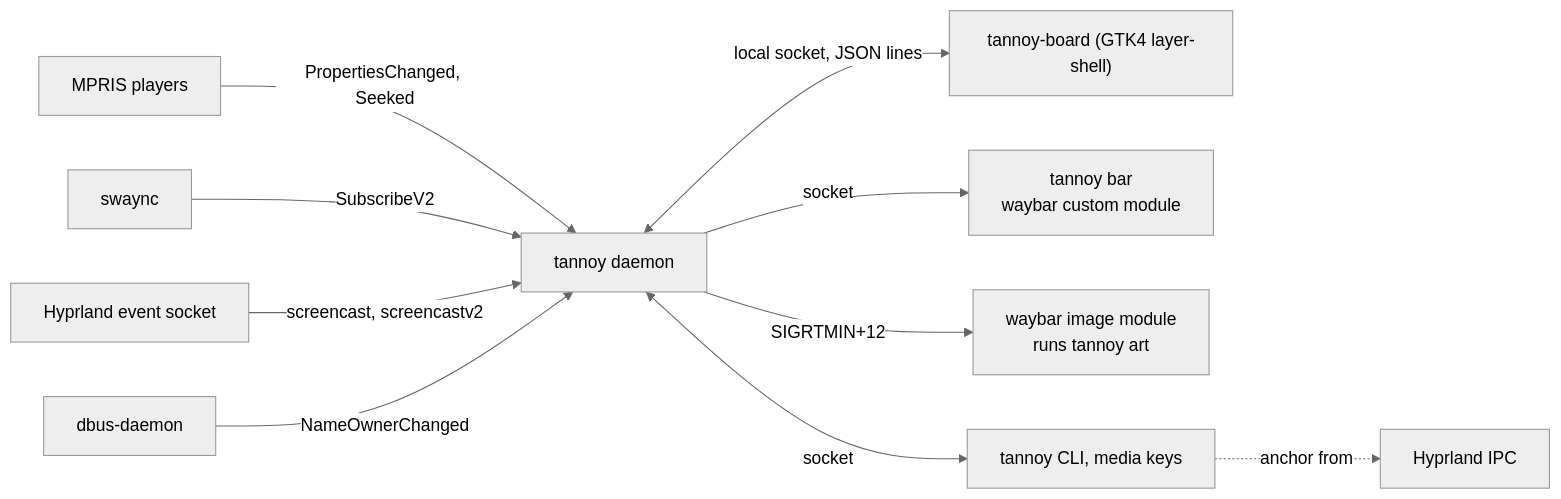
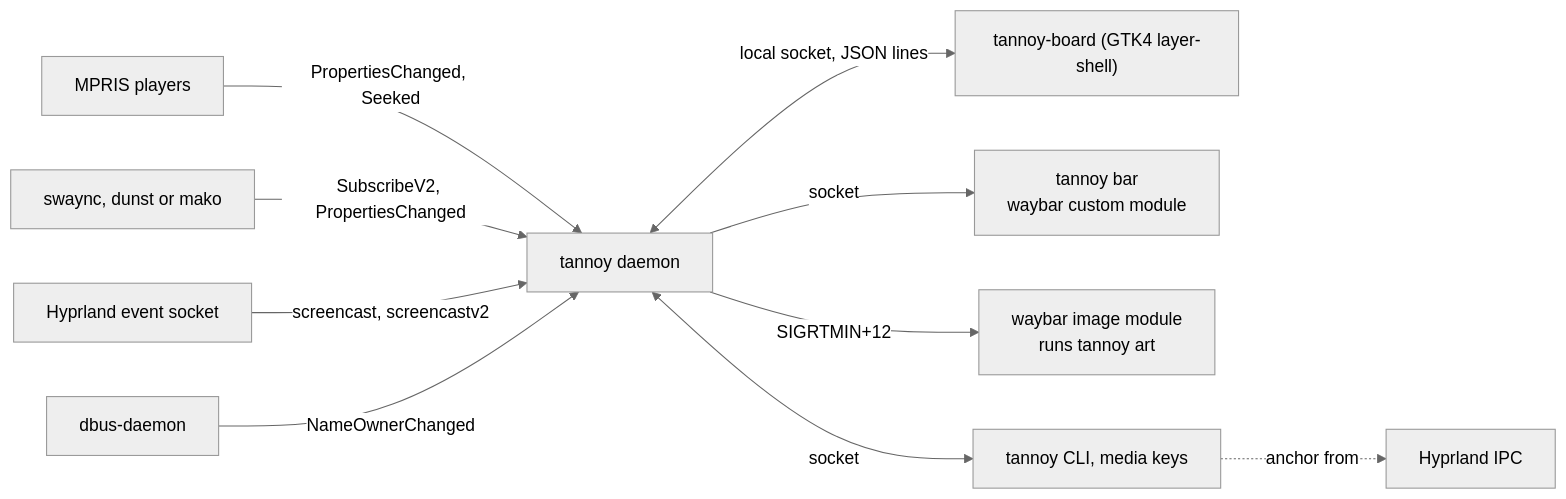
The diagram in docs/design.md (NathanielInman/tannoy), drawn with Mermaid (neutral theme) before and after one commit. The commit also changed other lines of this file and 6 other files, not shown here.

First line of the commit message:
feat(daemon): follow do not disturb from dunst and mako

````diff
--- a/docs/design.md
+++ b/docs/design.md
@@ -36,12 +37,12 @@
 ```mermaid
 flowchart LR
   P["MPRIS players"] -- "PropertiesChanged, Seeked" --> D["tannoy daemon"]
-  S["swaync"] -- "SubscribeV2" --> D
+  S["swaync, dunst or mako"] -- "SubscribeV2, PropertiesChanged" --> D
   Y["Hyprland event socket"] -- "screencast, screencastv2" --> D
   N["dbus-daemon"] -- "NameOwnerChanged" --> D
   D <-- "local socket, JSON lines" --> B["tannoy-board (GTK4 layer-shell)"]
   D -- socket --> W["tannoy bar<br/>waybar custom module"]
   D -- "SIGRTMIN+12" --> I["waybar image module<br/>runs tannoy art"]
   D <-- socket --> C["tannoy CLI, media keys"]
   C -. "anchor from" .-> H["Hyprland IPC"]
 ```
````
